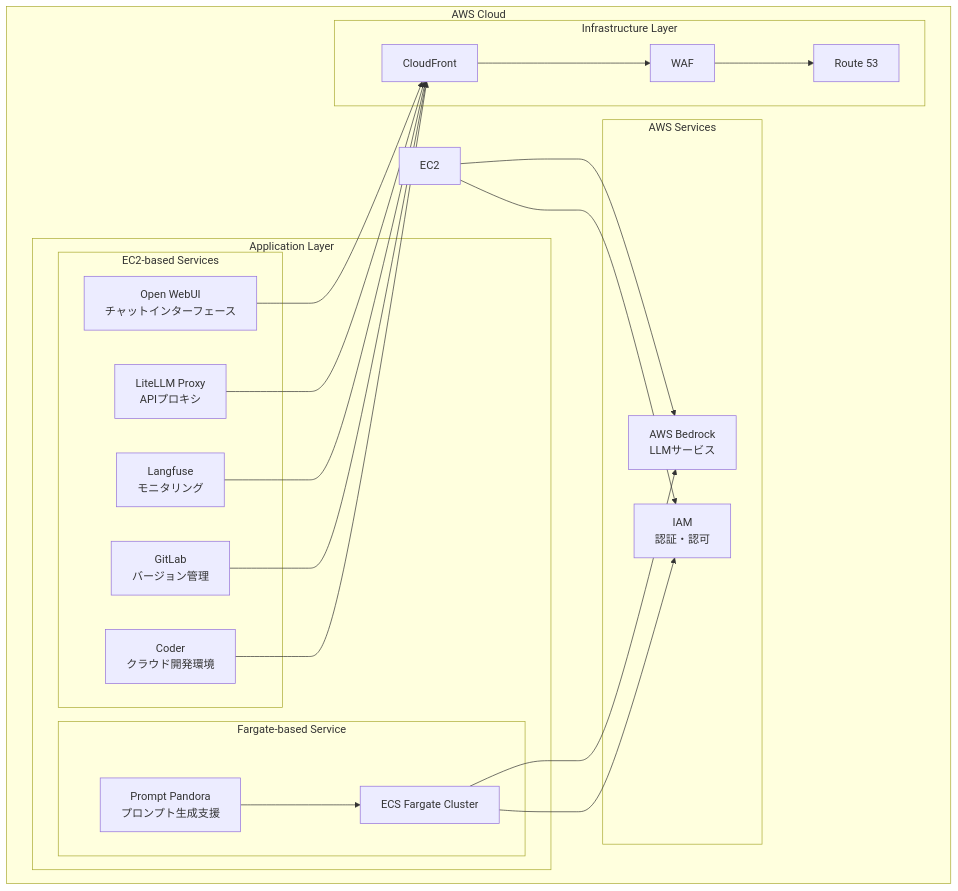
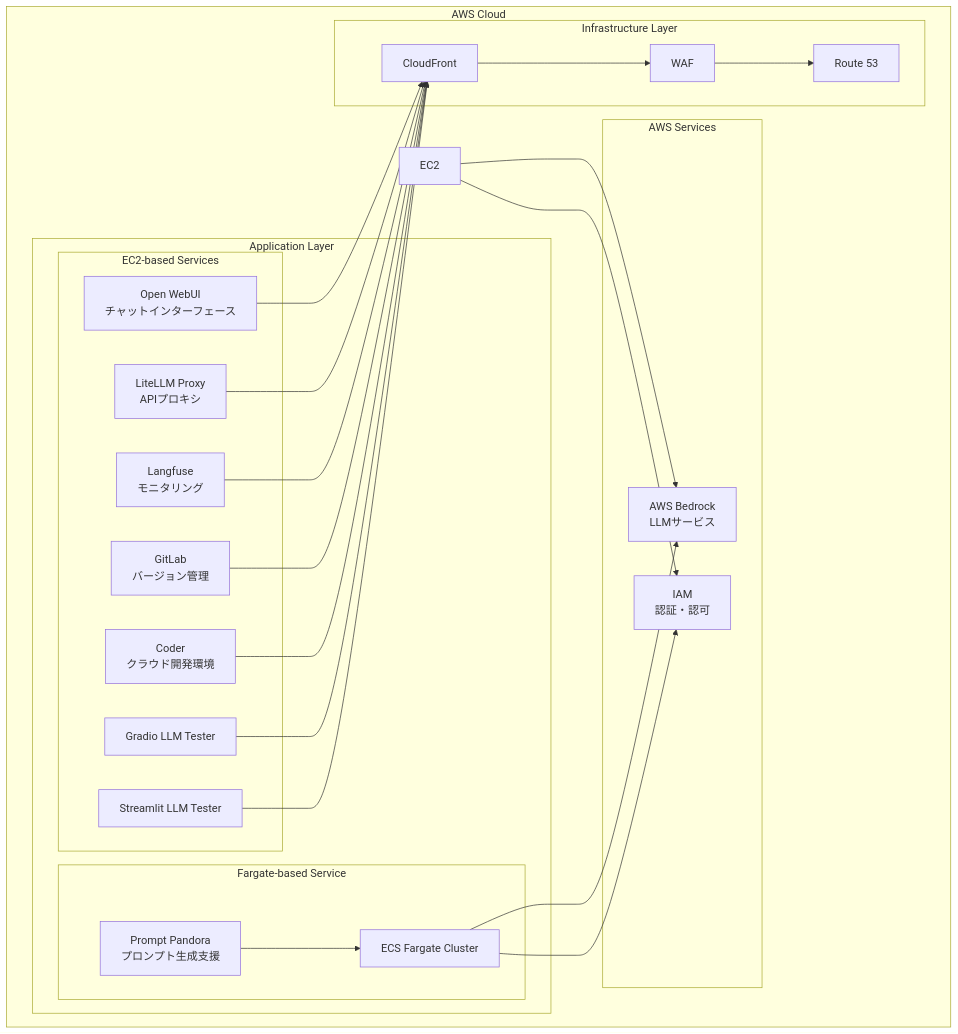
The diagram in README.md (Sunwood-ai-labs/AMATERASU), drawn with Mermaid before and after one commit. The commit also changed other lines of this file, not shown here.

````diff
--- a/README.md
+++ b/README.md
@@ -54,45 +54,49 @@
 ```mermaid
 graph TB
     subgraph "AWS Cloud"
         subgraph "Application Layer"
             subgraph "EC2-based Services"
                 OW["Open WebUI<br/>チャットインターフェース"]
                 LL["LiteLLM Proxy<br/>APIプロキシ"]
                 LF["Langfuse<br/>モニタリング"]
                 GL["GitLab<br/>バージョン管理"]
                 CD["Coder<br/>クラウド開発環境"]
+                GR["Gradio LLM Tester"]
+                ST["Streamlit LLM Tester"]
             end
             
             subgraph "Fargate-based Service"
                 PP["Prompt Pandora<br/>プロンプト生成支援"]
                 ECS["ECS Fargate Cluster"]
             end
         end
         
         subgraph "Infrastructure Layer"
             CF["CloudFront"]
             WAF["WAF"]
             R53["Route 53"]
         end
         
         subgraph "AWS Services"
             Bedrock["AWS Bedrock<br/>LLMサービス"]
             IAM["IAM<br/>認証・認可"]
         end
         
         OW --> CF
         LL --> CF
         LF --> CF
         GL --> CF
         CD --> CF
+        GR --> CF
+        ST --> CF
         PP --> ECS
         
         CF --> WAF
         WAF --> R53
         
         EC2 --> Bedrock
         ECS --> Bedrock
         EC2 --> IAM
         ECS --> IAM
     end
 ```
````
